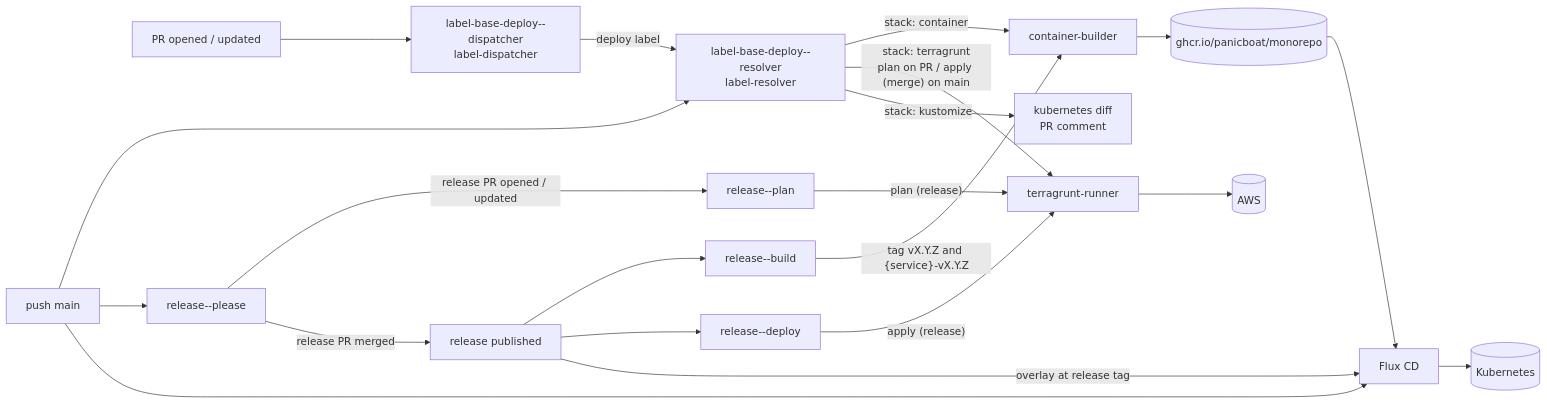
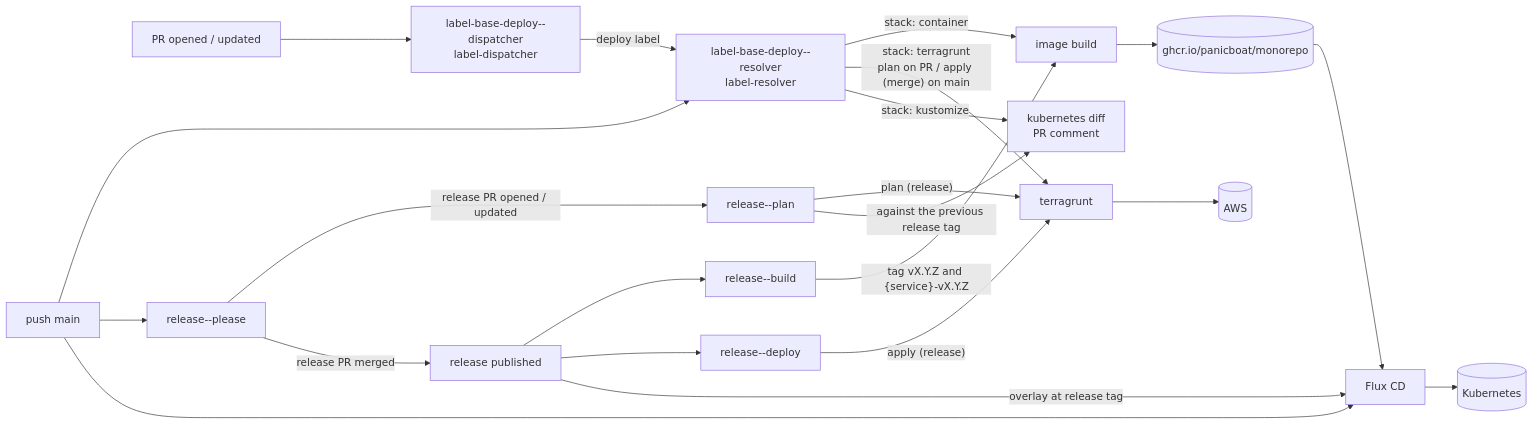
The second of 2 diagrams in README-ja.md (panicboat/monorepo), drawn with Mermaid before and after one commit. The commit also changed other lines of this file and 1 other file, not shown here.

Commit message:
docs: describe the release kustomize diff and drop shared workflow internals from the readme (#1852)

````diff
--- a/README-ja.md
+++ b/README-ja.md
@@ -48,23 +48,24 @@
 ```mermaid
 flowchart LR
   PR[PR opened / updated] --> Dispatcher[label-base-deploy--dispatcher<br/>label-dispatcher]
   Dispatcher -->|deploy label| Resolver[label-base-deploy--resolver<br/>label-resolver]
   Main[push main] --> Resolver
   Main --> Please[release--please]
   Please -->|release PR opened / updated| Plan[release--plan]
   Please -->|release PR merged| Published[release published]
   Published --> Build[release--build]
   Published --> Deploy[release--deploy]
-  Resolver -->|stack: container| Builder[container-builder]
-  Resolver -->|"stack: terragrunt<br/>plan on PR / apply (merge) on main"| Terragrunt[terragrunt-runner]
+  Resolver -->|stack: container| Builder[image build]
+  Resolver -->|"stack: terragrunt<br/>plan on PR / apply (merge) on main"| Terragrunt[terragrunt]
   Resolver -->|stack: kustomize| Diff[kubernetes diff<br/>PR comment]
   Plan -->|"plan (release)"| Terragrunt
+  Plan -->|"against the previous release tag"| Diff
   Deploy -->|"apply (release)"| Terragrunt
   Build -->|"tag vX.Y.Z and {service}-vX.Y.Z"| Builder
   Builder --> GHCR[(ghcr.io/panicboat/monorepo)]
   Terragrunt --> AWS[(AWS)]
   GHCR --> Flux[Flux CD]
   Main --> Flux
   Published -->|"overlay at release tag"| Flux
   Flux --> K8s[(Kubernetes)]
 ```
````
